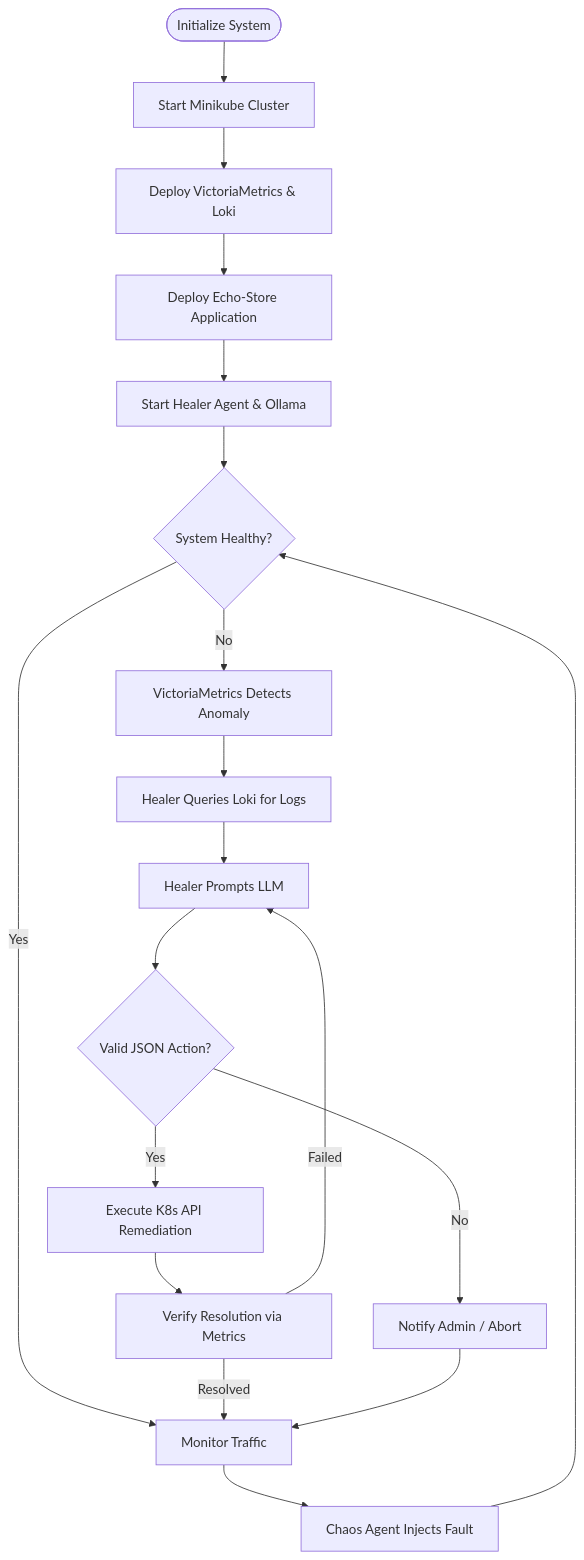
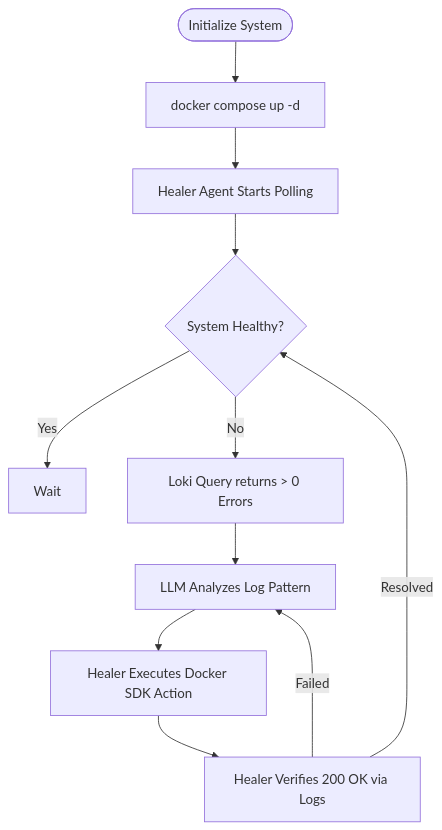
Before and after one commit to sedna08/chaos-and-recovery-agent: the fourth of 4 diagrams in docs/functional_design_document.md, drawn with Mermaid. The commit also changed other lines of this file, not shown here.

````diff
--- a/docs/functional_design_document.md
+++ b/docs/functional_design_document.md
@@ -157,25 +148,16 @@
 ```mermaid
 flowchart TD
-    Start([Initialize System]) --> DeployK8s[Start Minikube Cluster]
-    DeployK8s --> DeployObs[Deploy VictoriaMetrics & Loki]
-    DeployObs --> DeployApp[Deploy Echo-Store Application]
-    DeployApp --> DeployAgents[Start Healer Agent & Ollama]
-    DeployAgents --> SteadyState{System Healthy?}
+    Start([Initialize System]) --> ComposeUp[docker compose up -d]
+    ComposeUp --> Monitor[Healer Agent Starts Polling]
+    Monitor --> SteadyState{System Healthy?}
 
-    SteadyState -->|Yes| Wait[Monitor Traffic]
-    Wait --> TriggerChaos[Chaos Agent Injects Fault]
-    TriggerChaos --> SteadyState
+    SteadyState -->|Yes| Wait[Wait]
+    SteadyState -->|No| Detect[Loki Query returns > 0 Errors]
 
-    SteadyState -->|No| Detect[VictoriaMetrics Detects Anomaly]
-    Detect --> Gather[Healer Queries Loki for Logs]
-    Gather --> Query[Healer Prompts LLM]
+    Detect --> Brain[LLM Analyzes Log Pattern]
+    Brain --> Fix[Healer Executes Docker SDK Action]
+    Fix --> Verify[Healer Verifies 200 OK via Logs]
 
-    Query --> ParseCheck{Valid JSON Action?}
-    ParseCheck -->|Yes| ApplyFix[Execute K8s API Remediation]
-    ParseCheck -->|No| Fallback[Notify Admin / Abort]
-
-    ApplyFix --> Verify[Verify Resolution via Metrics]
-    Verify -->|Resolved| Wait
-    Verify -->|Failed| Query
-    Fallback --> Wait
+    Verify -->|Resolved| SteadyState
+    Verify -->|Failed| Brain
 ```
````
